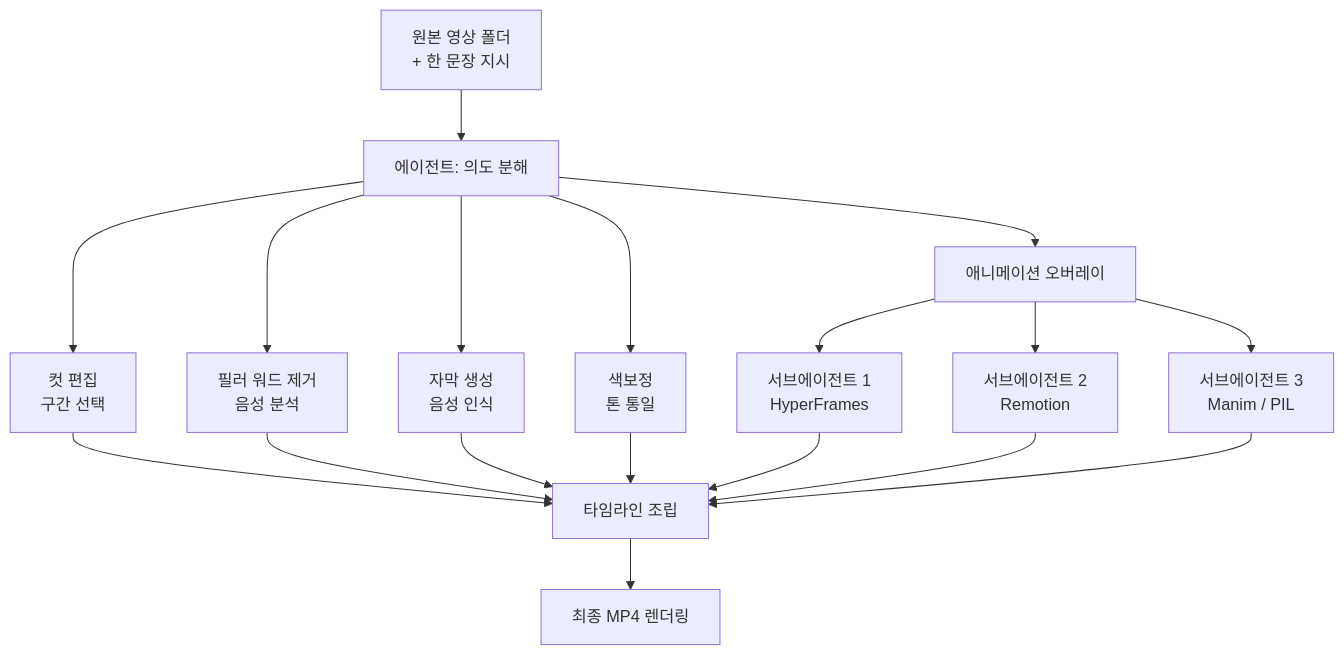
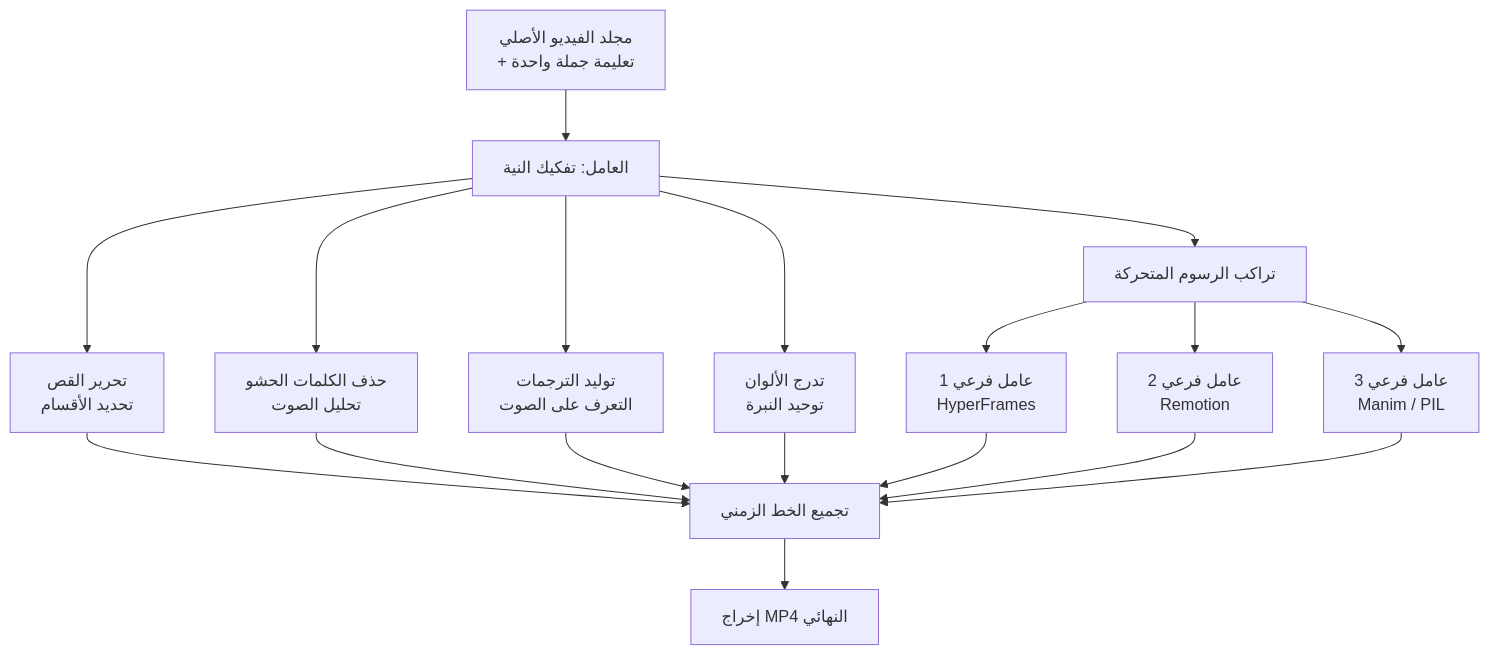
The diagram in _posts/ar/technique/2026-06-27-video-use-coding-agent-video-editor.md (ThakiCloud/thakicloud.github.io), drawn with Mermaid before and after one commit. The commit also changed 21 other files, not shown here.

First line of the commit message:
fix(blog): translate mermaid labels to post language (en/ar)

````diff
--- a/_posts/ar/technique/2026-06-27-video-use-coding-agent-video-editor.md
+++ b/_posts/ar/technique/2026-06-27-video-use-coding-agent-video-editor.md
@@ -49,20 +49,20 @@
 ```mermaid
 flowchart TB
-    A[원본 영상 폴더<br/>+ 한 문장 지시] --> B[에이전트: 의도 분해]
-    B --> C[컷 편집<br/>구간 선택]
-    B --> D[필러 워드 제거<br/>음성 분석]
-    B --> E[자막 생성<br/>음성 인식]
-    B --> F[색보정<br/>톤 통일]
-    B --> G[애니메이션 오버레이]
-    G --> G1[서브에이전트 1<br/>HyperFrames]
-    G --> G2[서브에이전트 2<br/>Remotion]
-    G --> G3[서브에이전트 3<br/>Manim / PIL]
-    C --> H[타임라인 조립]
+    A[مجلد الفيديو الأصلي<br/>+ تعليمة جملة واحدة] --> B[العامل: تفكيك النية]
+    B --> C[تحرير القص<br/>تحديد الأقسام]
+    B --> D[حذف الكلمات الحشو<br/>تحليل الصوت]
+    B --> E[توليد الترجمات<br/>التعرف على الصوت]
+    B --> F[تدرج الألوان<br/>توحيد النبرة]
+    B --> G[تراكب الرسوم المتحركة]
+    G --> G1[عامل فرعي 1<br/>HyperFrames]
+    G --> G2[عامل فرعي 2<br/>Remotion]
+    G --> G3[عامل فرعي 3<br/>Manim / PIL]
+    C --> H[تجميع الخط الزمني]
     D --> H
     E --> H
     F --> H
     G1 --> H
     G2 --> H
     G3 --> H
-    H --> I[최종 MP4 렌더링]
+    H --> I[إخراج MP4 النهائي]
 ```
````
